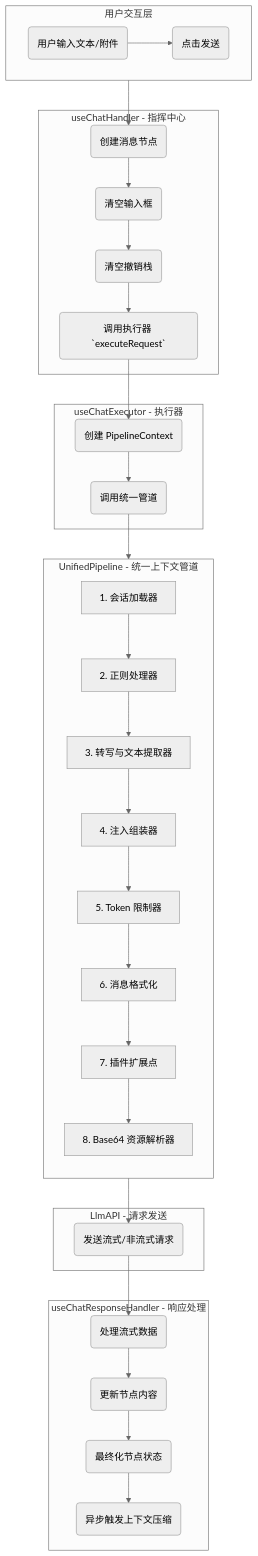
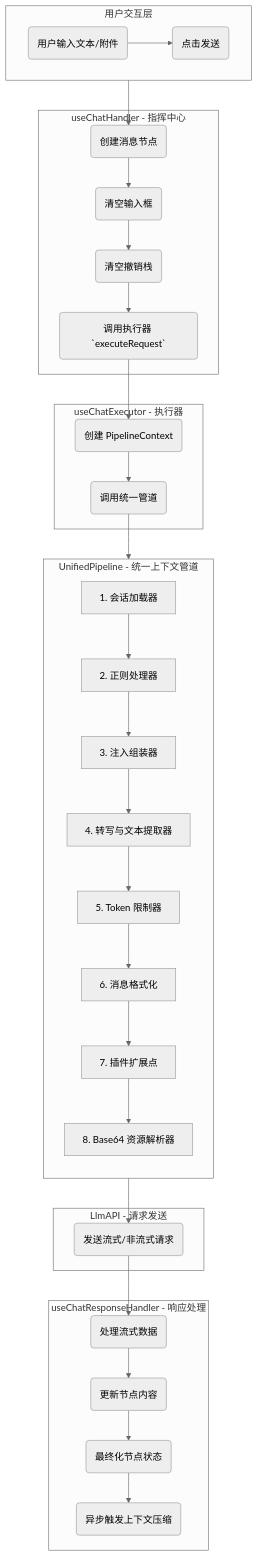
The second of 2 diagrams in src/tools/llm-chat/ARCHITECTURE.md (miaotouy/aio-hub), drawn with Mermaid (neutral theme) before and after one commit. The commit also changed other lines of this file, not shown here.

First line of the commit message:
docs(architecture): 修订上下文管理和正则管道的冗余文档

````diff
--- a/src/tools/llm-chat/ARCHITECTURE.md
+++ b/src/tools/llm-chat/ARCHITECTURE.md
@@ -391,47 +404,47 @@
 ```mermaid
 graph TD
     subgraph A [用户交互层]
         direction LR
         A1(用户输入文本/附件) --> A2(点击发送)
     end
 
     subgraph B [useChatHandler - 指挥中心]
         B1(创建消息节点) --> B2(清空输入框)
         B2 --> B3(清空撤销栈)
         B3 --> B4(调用执行器 `executeRequest`)
     end
 
     subgraph C [useChatExecutor - 执行器]
         C1(创建 PipelineContext) --> C2(调用统一管道)
     end
 
     subgraph D [UnifiedPipeline - 统一上下文管道]
         direction TB
         D1[1. 会话加载器]
         D2[2. 正则处理器]
-        D3[3. 转写与文本提取器]
-        D4[4. 注入组装器]
+        D3[3. 注入组装器]
+        D4[4. 转写与文本提取器]
         D5[5. Token 限制器]
         D6[6. 消息格式化]
         D7[7. 插件扩展点]
         D8[8. Base64 资源解析器]
 
         D1 --> D2 --> D3 --> D4 --> D5 --> D6 --> D7 --> D8
     end
 
     subgraph E [LlmAPI - 请求发送]
         E1(发送流式/非流式请求)
     end
 
     subgraph F [useChatResponseHandler - 响应处理]
         F1(处理流式数据) --> F2(更新节点内容)
         F2 --> F3(最终化节点状态)
         F3 --> F4(异步触发上下文压缩)
     end
 
     A2 --> B1
     B4 --> C1
     C2 --> D
     D8 --> E1
     E1 --> F1
 ```
````
